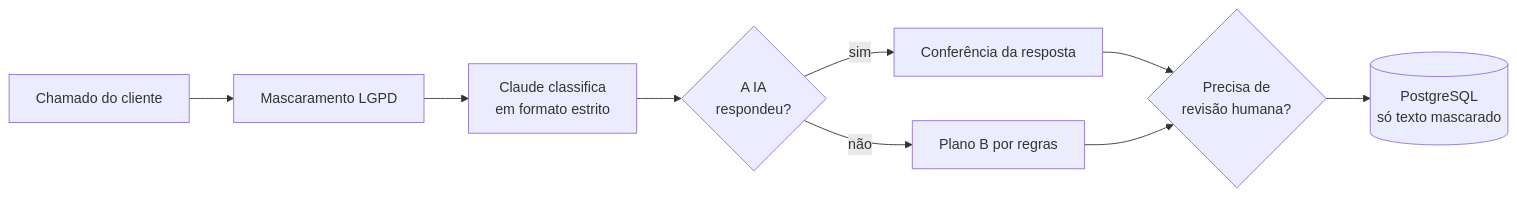
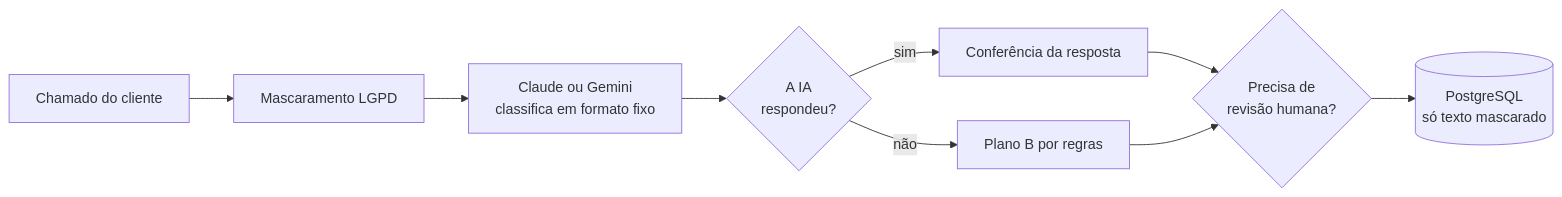
One commit to LuisGabriel102/triagem-chamados-ia changed the diagram in README.md. Above: the diagram before and after it, drawn with Mermaid. The commit also changed other lines of this file and 15 other files, not shown here.

````diff
--- a/README.md
+++ b/README.md
@@ -27,11 +27,11 @@
 ```mermaid
 flowchart LR
     A["Chamado do cliente"] --> B["Mascaramento LGPD"]
-    B --> C["Claude classifica<br/>em formato estrito"]
+    B --> C["Claude ou Gemini<br/>classifica em formato fixo"]
     C --> D{"A IA<br/>respondeu?"}
     D -- sim --> E["Conferência da resposta"]
     D -- não --> F["Plano B por regras"]
     E --> G{"Precisa de<br/>revisão humana?"}
     F --> G
     G --> H[("PostgreSQL<br/>só texto mascarado")]
 ```
````
